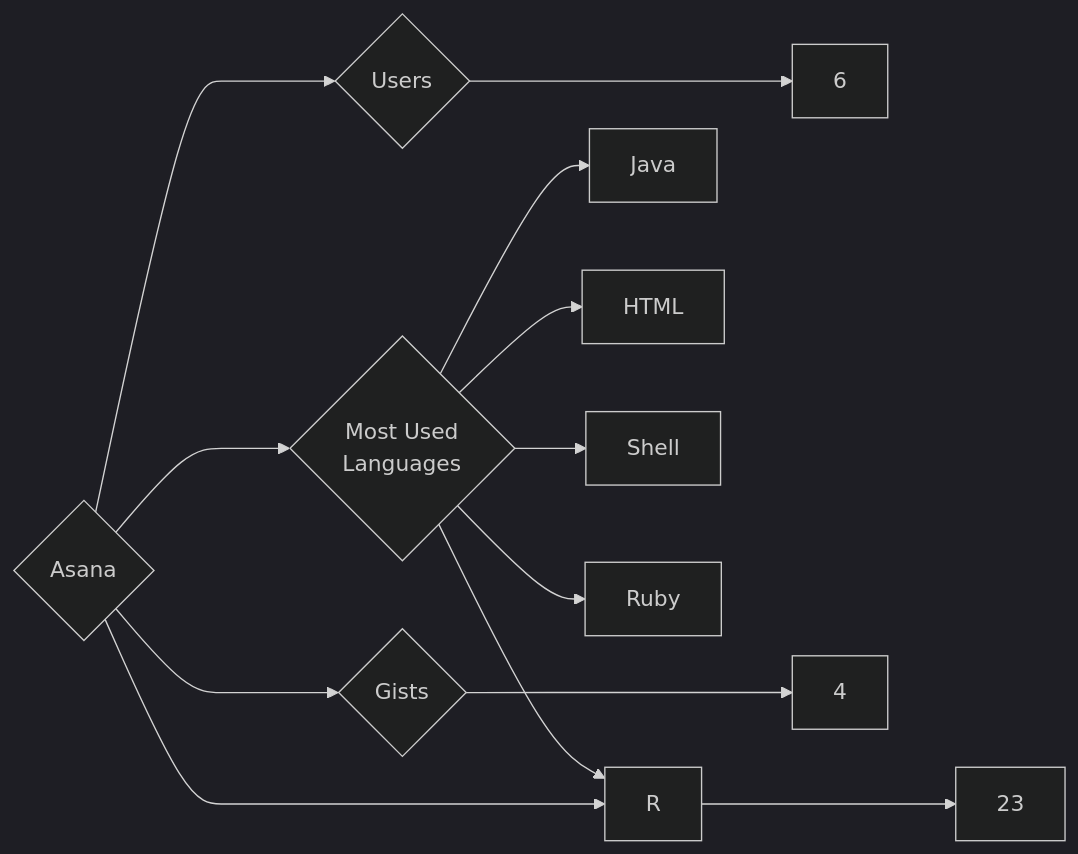
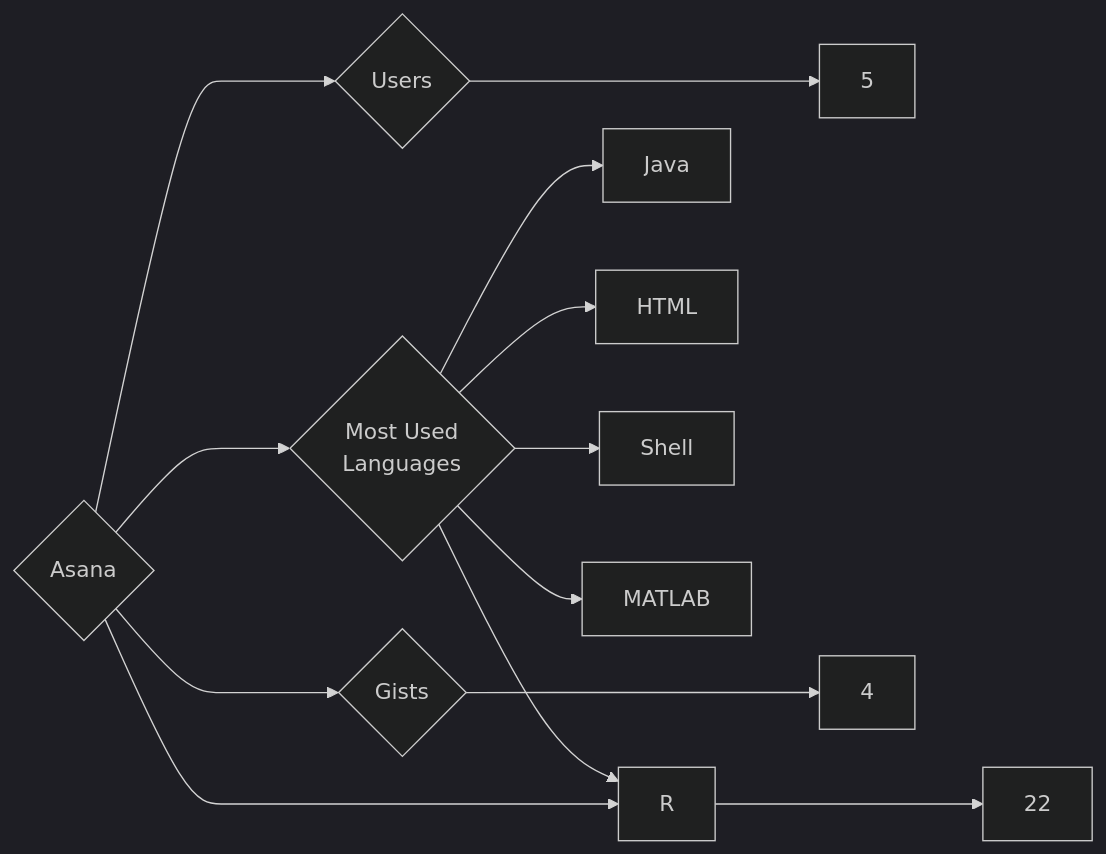
The diagram in targets/Asana/README.md (trickest/insiders), drawn with Mermaid (dark theme) before and after one commit. The commit also changed 1167 other files, not shown here.

````diff
--- a/targets/Asana/README.md
+++ b/targets/Asana/README.md
@@ -3,13 +3,13 @@
 ```mermaid
 graph LR
 COMPANY_NAME{Asana}
-COMPANY_NAME ---> U{Users} ---> UN[6]
-COMPANY_NAME ---> R{Repositories} ---> RN[23]
+COMPANY_NAME ---> U{Users} ---> UN[5]
+COMPANY_NAME ---> R{Repositories} ---> RN[22]
 COMPANY_NAME ---> G{Gists} ---> GN[4]
 COMPANY_NAME ---> ML{Most Used<br>Languages}
 ML --> Java[Java]
 ML --> HTML[HTML]
 ML --> Shell[Shell]
-ML --> Ruby[Ruby]
 ML --> R[R]
+ML --> MATLAB[MATLAB]
 ```
````
